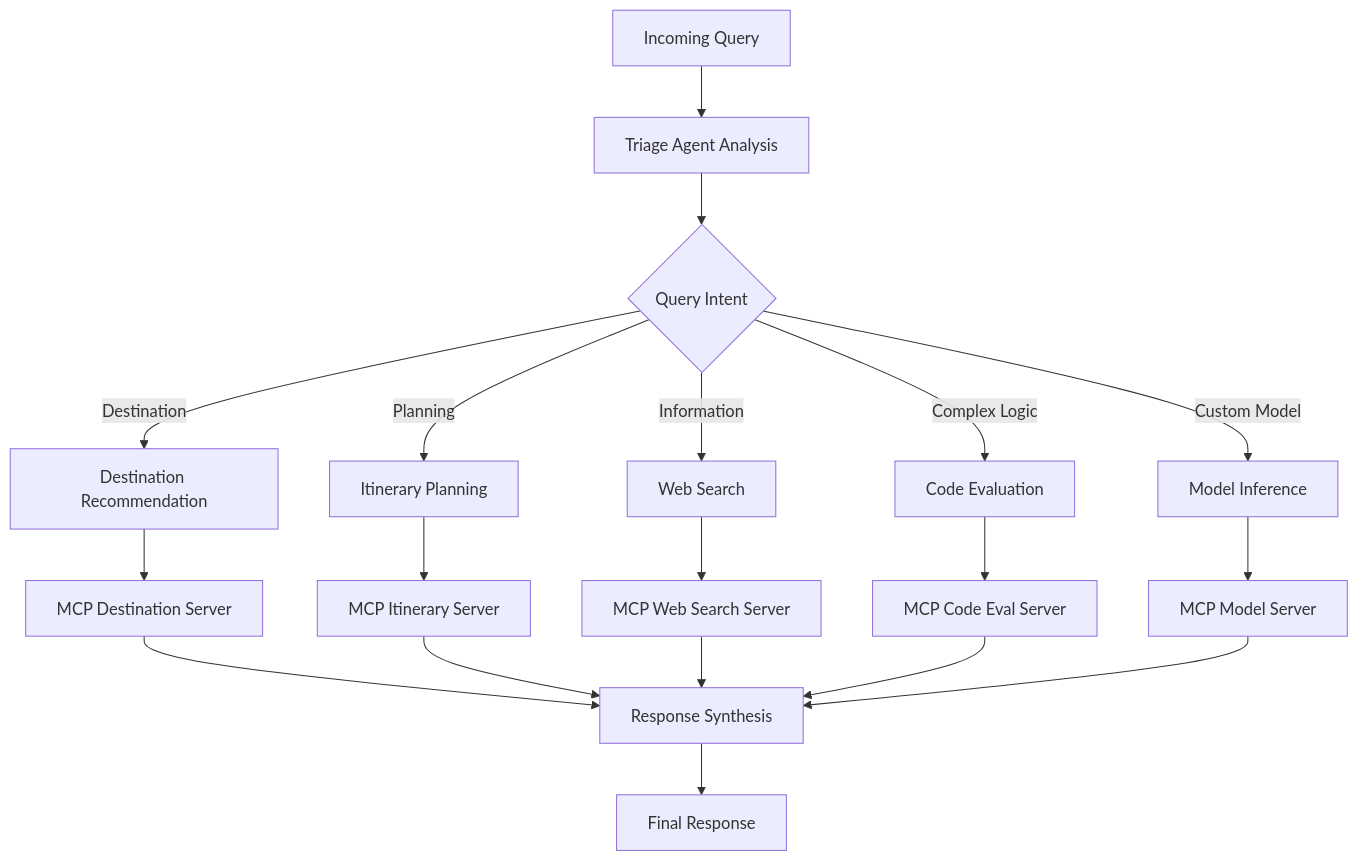
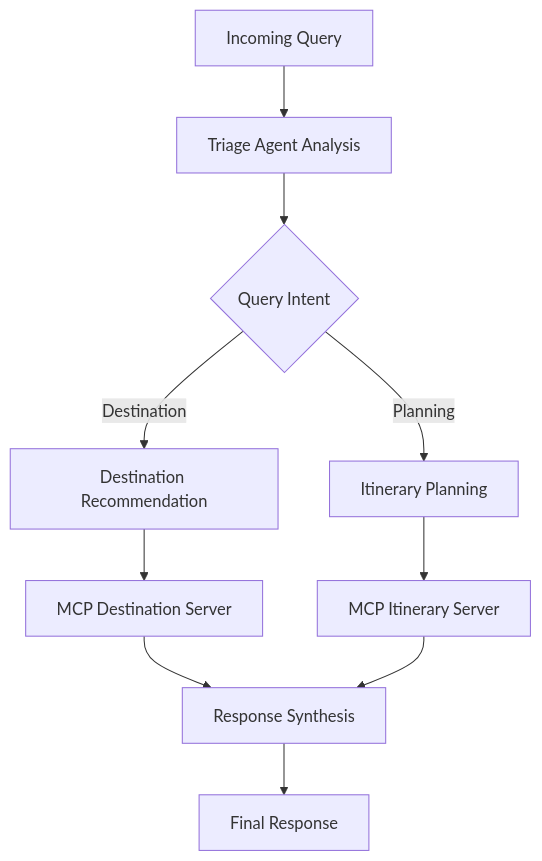
The tenth of 12 diagrams in docs/flow-diagrams.md (Azure-Samples/azure-ai-travel-agents), drawn with Mermaid before and after one commit. The commit also changed other lines of this file and 41 other files, not shown here.

````diff
--- a/docs/flow-diagrams.md
+++ b/docs/flow-diagrams.md
@@ -308,26 +296,17 @@
 ```mermaid
 graph TD
     A[Incoming Query] --> B[Triage Agent Analysis]
     
     B --> C{Query Intent}
     
     C -->|Destination| D[Destination Recommendation]
     C -->|Planning| E[Itinerary Planning]  
-    C -->|Information| F[Web Search]
-    C -->|Complex Logic| G[Code Evaluation]
-    C -->|Custom Model| H[Model Inference]
     
     D --> I[MCP Destination Server]
     E --> J[MCP Itinerary Server]
-    F --> K[MCP Web Search Server]
-    G --> L[MCP Code Eval Server]
-    H --> M[MCP Model Server]
     
     I --> N[Response Synthesis]
     J --> N
-    K --> N
-    L --> N
-    M --> N
     
     N --> O[Final Response]
 ```
````
